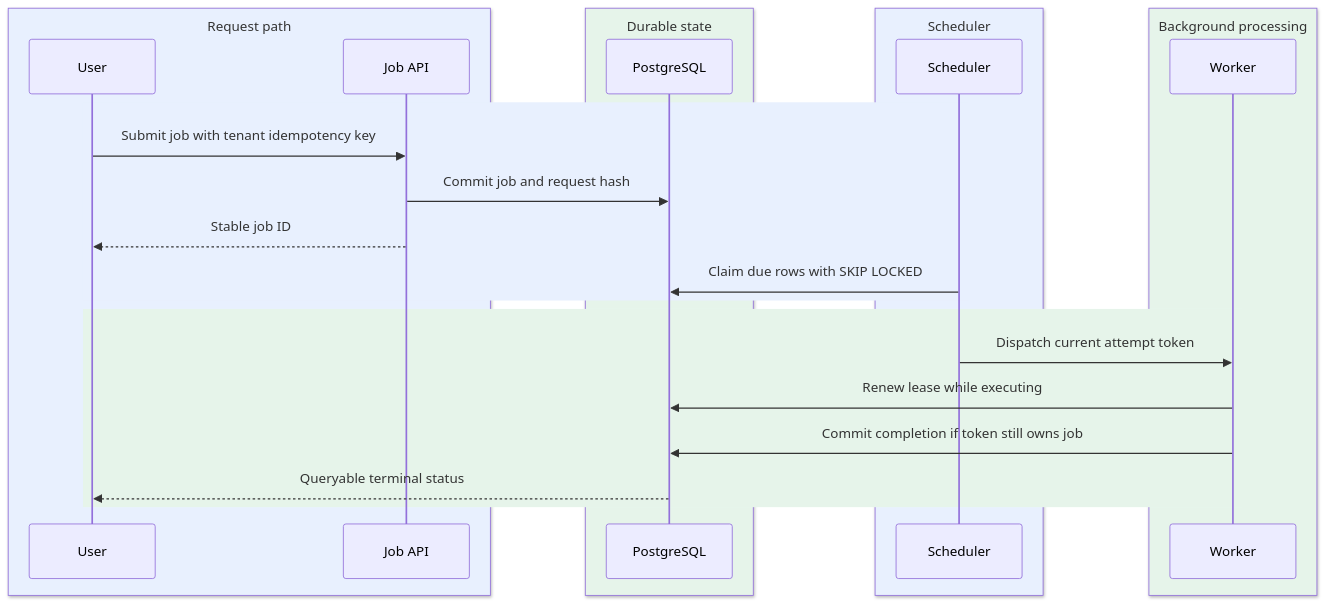
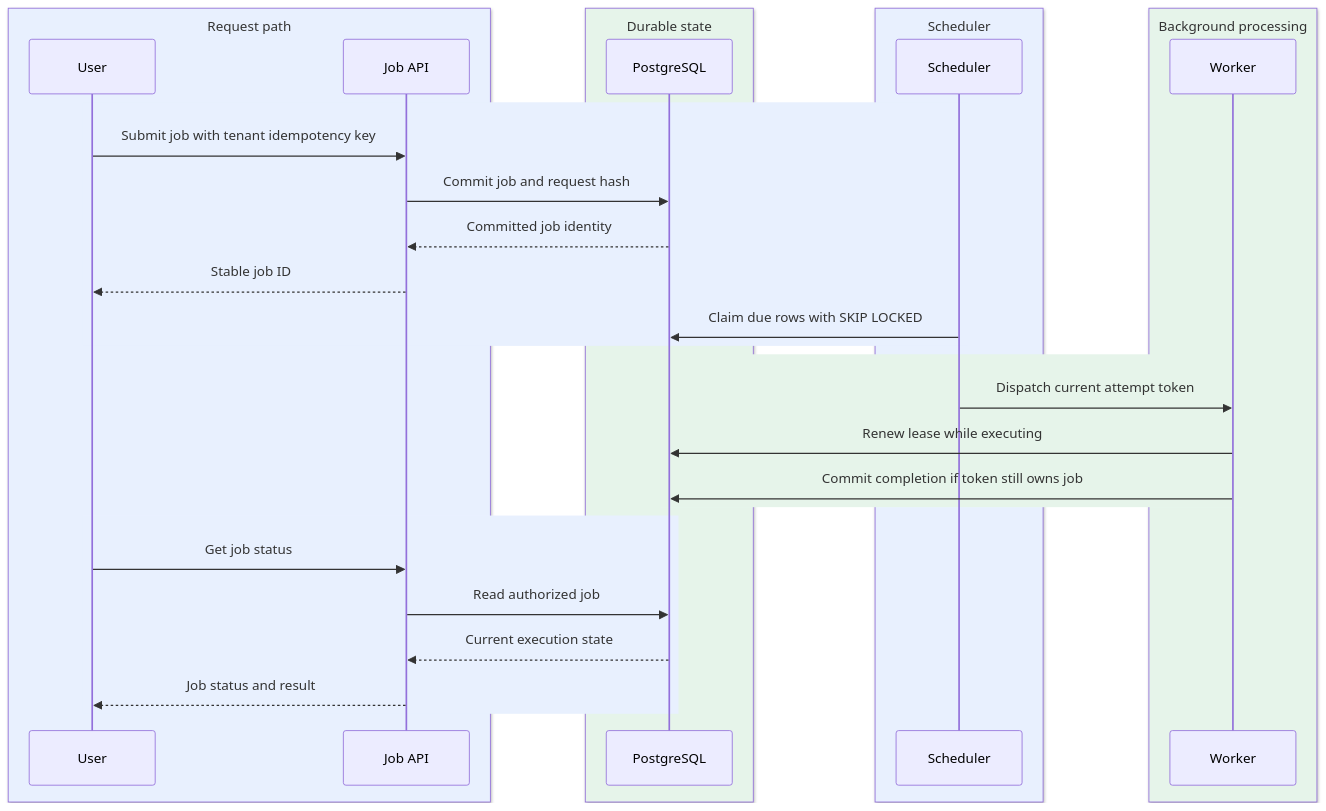
Before and after one commit to iliazlobin/iliazlobin.github.io: the second of 3 diagrams in _designs/system-design-job-scheduler.md, drawn with Mermaid. The commit also changed other lines of this file and 7 other files, not shown here.

Commit message:
Keep simplified design sequences behind service boundaries

````diff
--- a/_designs/system-design-job-scheduler.md
+++ b/_designs/system-design-job-scheduler.md
@@ -162,28 +162,34 @@
 ```mermaid
 sequenceDiagram
   box rgb(232,240,254) Request path
     participant U as User
     participant A as Job API
   end
   box rgb(230,244,234) Durable state
     participant D as PostgreSQL
   end
   box rgb(232,240,254) Scheduler
     participant W as Scheduler
   end
   box rgb(230,244,234) Background processing
     participant C as Worker
   end
   rect rgb(232,240,254)
     U->>A: Submit job with tenant idempotency key
     A->>D: Commit job and request hash
+    D-->>A: Committed job identity
     A-->>U: Stable job ID
     W->>D: Claim due rows with SKIP LOCKED
   end
   rect rgb(230,244,234)
     W->>C: Dispatch current attempt token
     C->>D: Renew lease while executing
     C->>D: Commit completion if token still owns job
-    D-->>U: Queryable terminal status
+  end
+  rect rgb(232,240,254)
+    U->>A: Get job status
+    A->>D: Read authorized job
+    D-->>A: Current execution state
+    A-->>U: Job status and result
   end
 ```
````
